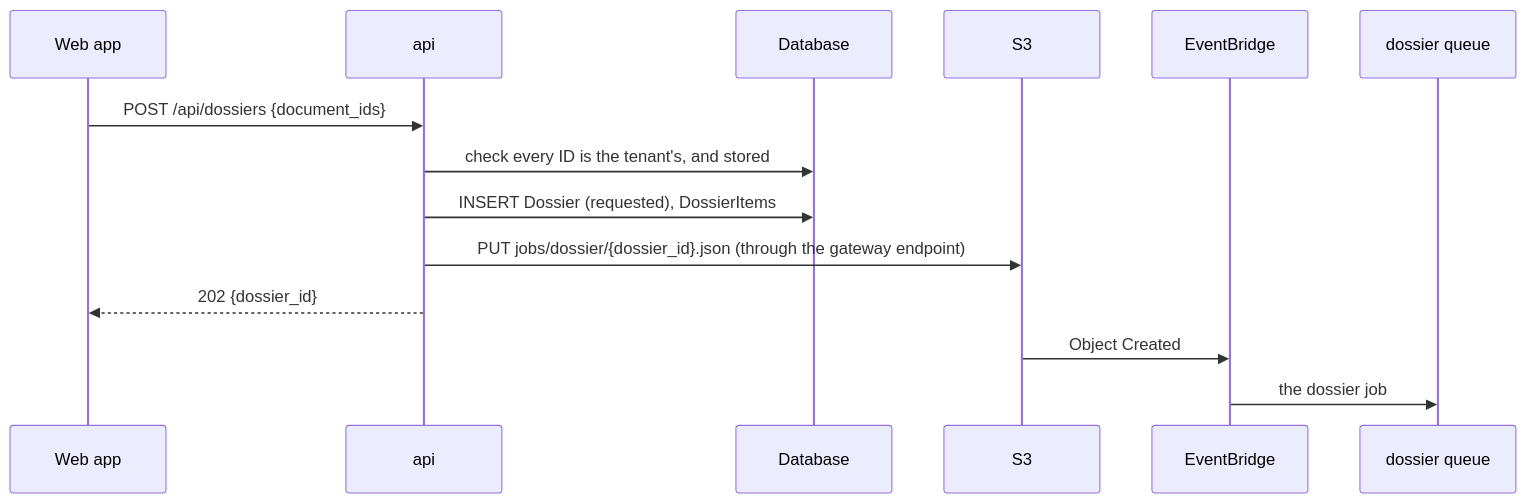
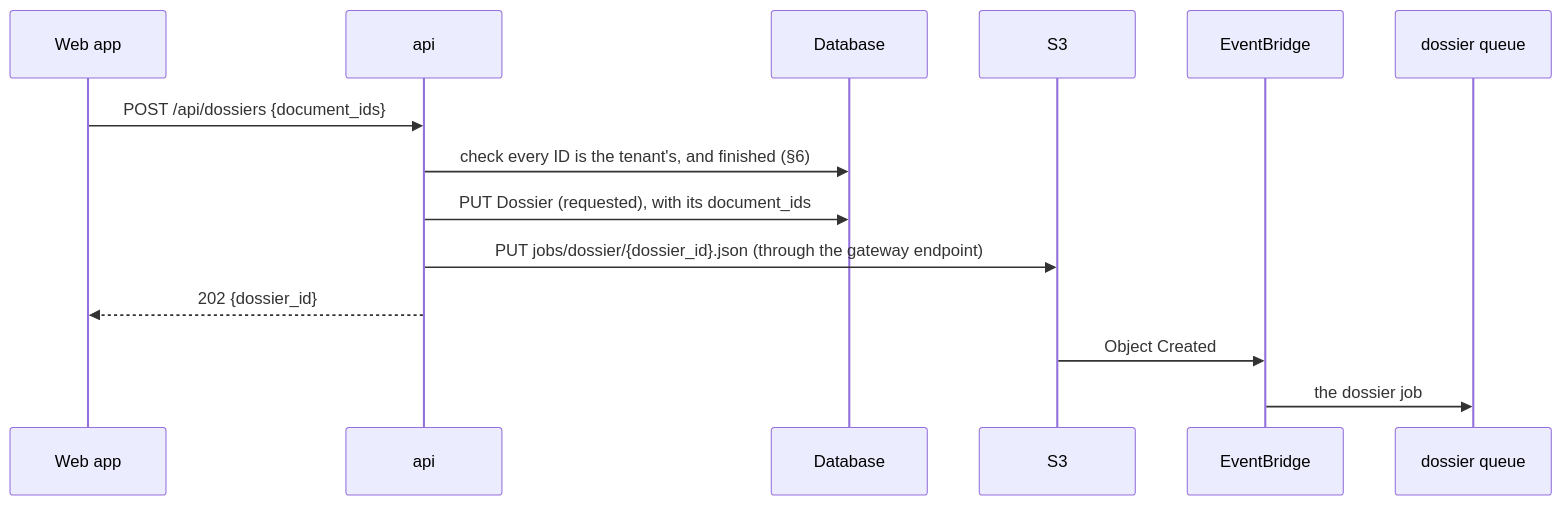
Before and after one commit to Katlego-tech/Tokelo: the second of 2 diagrams in docs/design/api.md, drawn with Mermaid. The commit also changed other lines of this file and 4 other files, not shown here.

````diff
--- a/docs/design/api.md
+++ b/docs/design/api.md
@@ -75,16 +75,16 @@
 ```mermaid
 sequenceDiagram
     participant W as Web app
     participant A as api
     participant D as Database
     participant S as S3
     participant E as EventBridge
     participant Q as dossier queue
     W->>A: POST /api/dossiers {document_ids}
-    A->>D: check every ID is the tenant's, and stored
-    A->>D: INSERT Dossier (requested), DossierItems
+    A->>D: check every ID is the tenant's, and finished (§6)
+    A->>D: PUT Dossier (requested), with its document_ids
     A->>S: PUT jobs/dossier/{dossier_id}.json (through the gateway endpoint)
     A-->>W: 202 {dossier_id}
     S->>E: Object Created
     E->>Q: the dossier job
 ```
````
